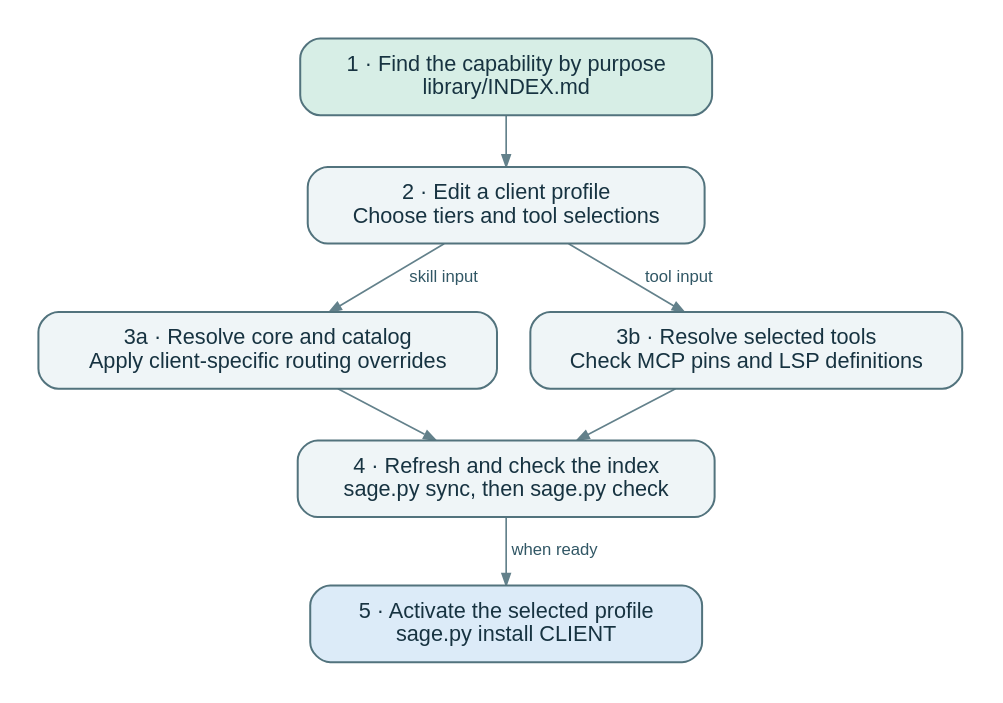
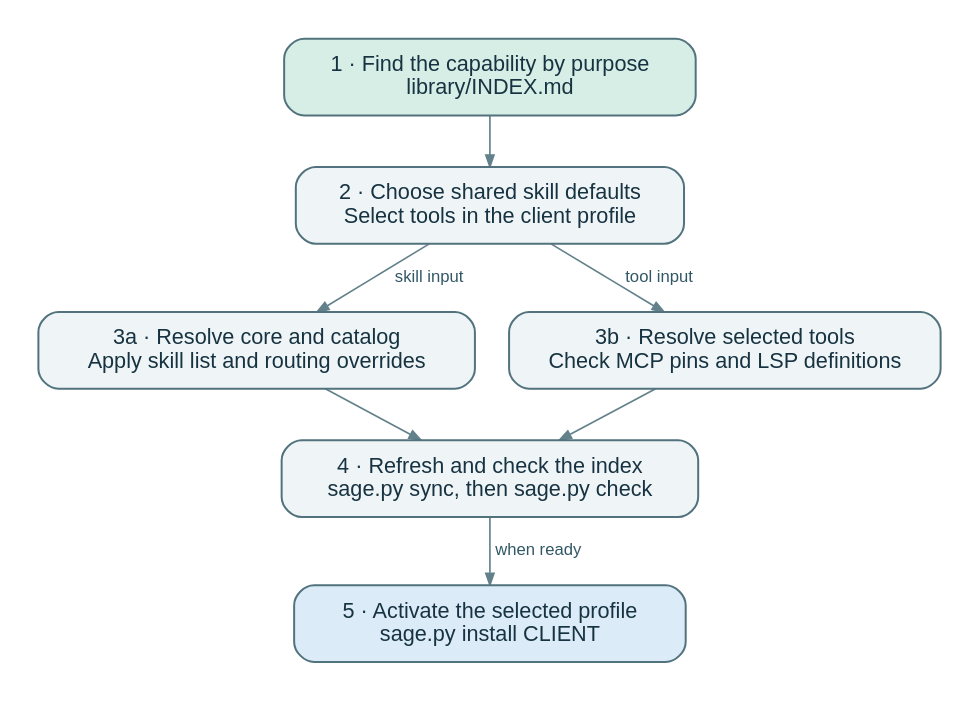
Before and after one commit to bioassembly/sage: the diagram in docs/architecture/selection.dot, drawn with Graphviz. The commit also changed 34 other files, not shown here.

First line of the commit message:
perf: streamline SAGE profiles and skill routing

```diff
--- a/docs/architecture/selection.dot
+++ b/docs/architecture/selection.dot
@@ -1,18 +1,18 @@
 digraph "selection" {
   graph [rankdir=TB, bgcolor="white", pad="0.22", ranksep="0.40", nodesep="0.28", outputorder="edgesfirst"];
   node [shape=box, style="rounded,filled", fontname="Helvetica", fontsize=13, fontcolor="#173341", color="#52737d", fillcolor="#eff5f7", margin="0.17,0.12", penwidth=1.2];
   edge [fontname="Helvetica", fontsize=10, fontcolor="#315765", color="#63818b", arrowsize=0.7];
   browse [label="1 · Find the capability by purpose\nlibrary/INDEX.md", fillcolor="#d7eee6"];
-  select [label="2 · Edit a client profile\nChoose tiers and tool selections"];
-  rules [label="3a · Resolve core and catalog\nApply client-specific routing overrides"];
+  select [label="2 · Choose shared skill defaults\nSelect tools in the client profile"];
+  rules [label="3a · Resolve core and catalog\nApply skill list and routing overrides"];
   servers [label="3b · Resolve selected tools\nCheck MCP pins and LSP definitions", URL="index.html#language-tools", target="_top"];
   sync [label="4 · Refresh and check the index\nsage.py sync, then sage.py check"];
   active [label="5 · Activate the selected profile\nsage.py install CLIENT", fillcolor="#dcebf8", URL="index.html#activation", target="_top"];
   { rank=same; rules; servers; }
   browse -> select;
   select -> rules [label="skill input"];
   select -> servers [label="tool input"];
   rules -> sync;
   servers -> sync;
   sync -> active [label="when ready"];
 }
```
